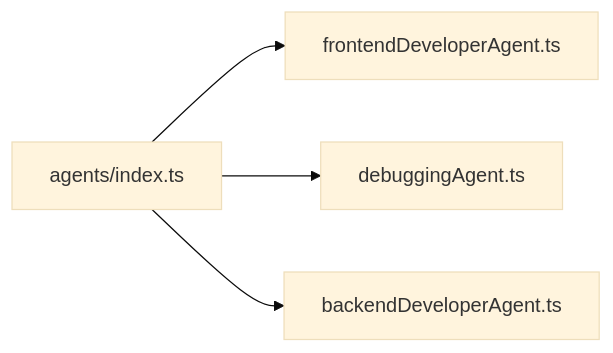
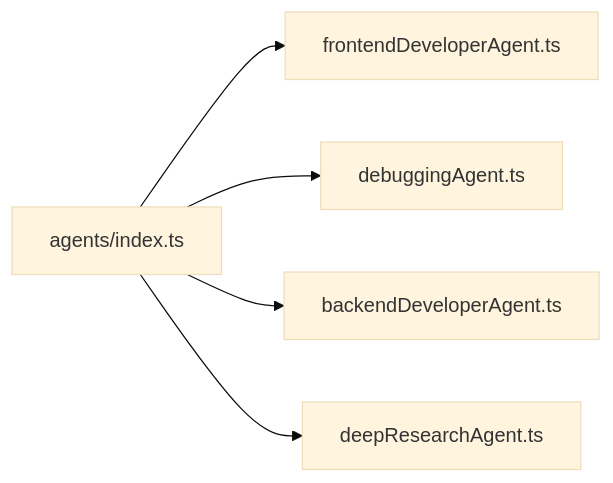
Before and after one commit to cuongbuoi/retro-ai-agent: the third of 7 diagrams in memory-bank/systemPatterns.md, drawn with Mermaid (base theme). The commit also changed other lines of this file and 20 other files, not shown here.

First line of the commit message:
feat: introduce Deep Research feature with web search capabilities

````diff
--- a/memory-bank/systemPatterns.md
+++ b/memory-bank/systemPatterns.md
@@ -35,6 +38,7 @@
 ```mermaid
 flowchart LR
     AgentIndex[agents/index.ts] --> Agent1[frontendDeveloperAgent.ts]
     AgentIndex --> Agent2[debuggingAgent.ts]
     AgentIndex --> Agent3[backendDeveloperAgent.ts]
+    AgentIndex --> Agent4[deepResearchAgent.ts]
 ```
````
